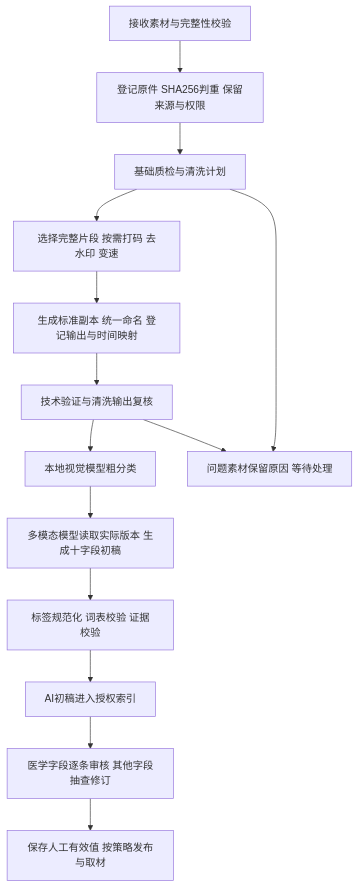
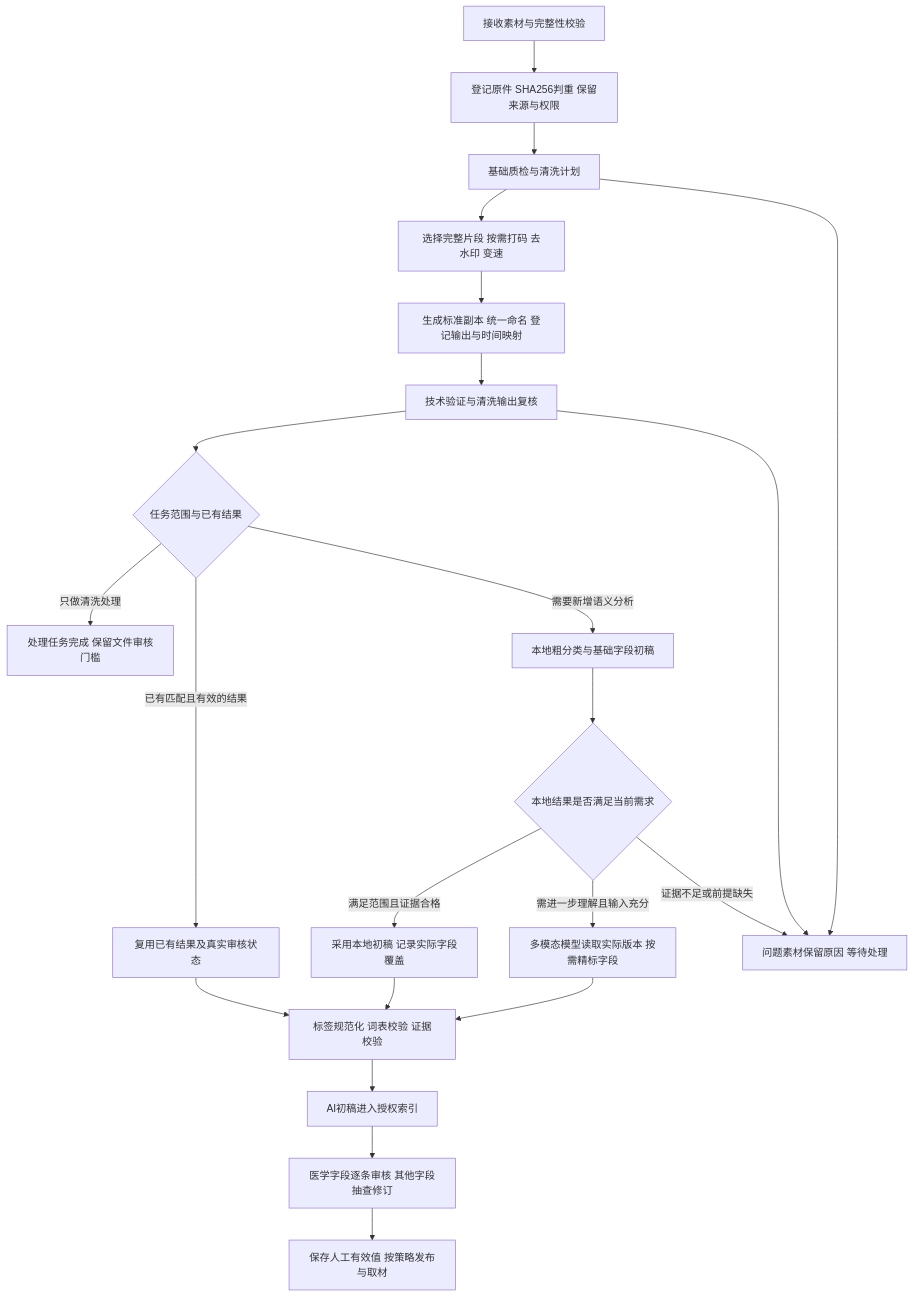
The diagram in docs/cleaning-and-topic-tagging-plan.md (mengby/media-tag), drawn with Mermaid before and after one commit. The commit also changed other lines of this file and 4 other files, not shown here.

````diff
--- a/docs/cleaning-and-topic-tagging-plan.md
+++ b/docs/cleaning-and-topic-tagging-plan.md
@@ -26,16 +27,24 @@
 ```mermaid
 flowchart TD
     A[接收素材与完整性校验] --> B[登记原件 SHA256判重 保留来源与权限]
     B --> C[基础质检与清洗计划]
     C --> D[选择完整片段 按需打码 去水印 变速]
     D --> E[生成标准副本 统一命名 登记输出与时间映射]
     E --> F[技术验证与清洗输出复核]
-    F --> G[本地视觉模型粗分类]
-    G --> H[多模态模型读取实际版本 生成十字段初稿]
+    F --> R{任务范围与已有结果}
+    R -->|只做清洗处理| T[处理任务完成 保留文件审核门槛]
+    R -->|已有匹配且有效的结果| U[复用已有结果及真实审核状态]
+    U --> I
+    R -->|需要新增语义分析| G[本地粗分类与基础字段初稿]
+    G --> Q{本地结果是否满足当前需求}
+    Q -->|满足范围且证据合格| N[采用本地初稿 记录实际字段覆盖]
+    N --> I
+    Q -->|需进一步理解且输入充分| H[多模态模型读取实际版本 按需精标字段]
+    Q -->|证据不足或前提缺失| M
     H --> I[标签规范化 词表校验 证据校验]
     I --> J[AI初稿进入授权索引]
     J --> K[医学字段逐条审核 其他字段抽查修订]
     K --> L[保存人工有效值 按策略发布与取材]
     C --> M[问题素材保留原因 等待处理]
     F --> M
 ```
````
